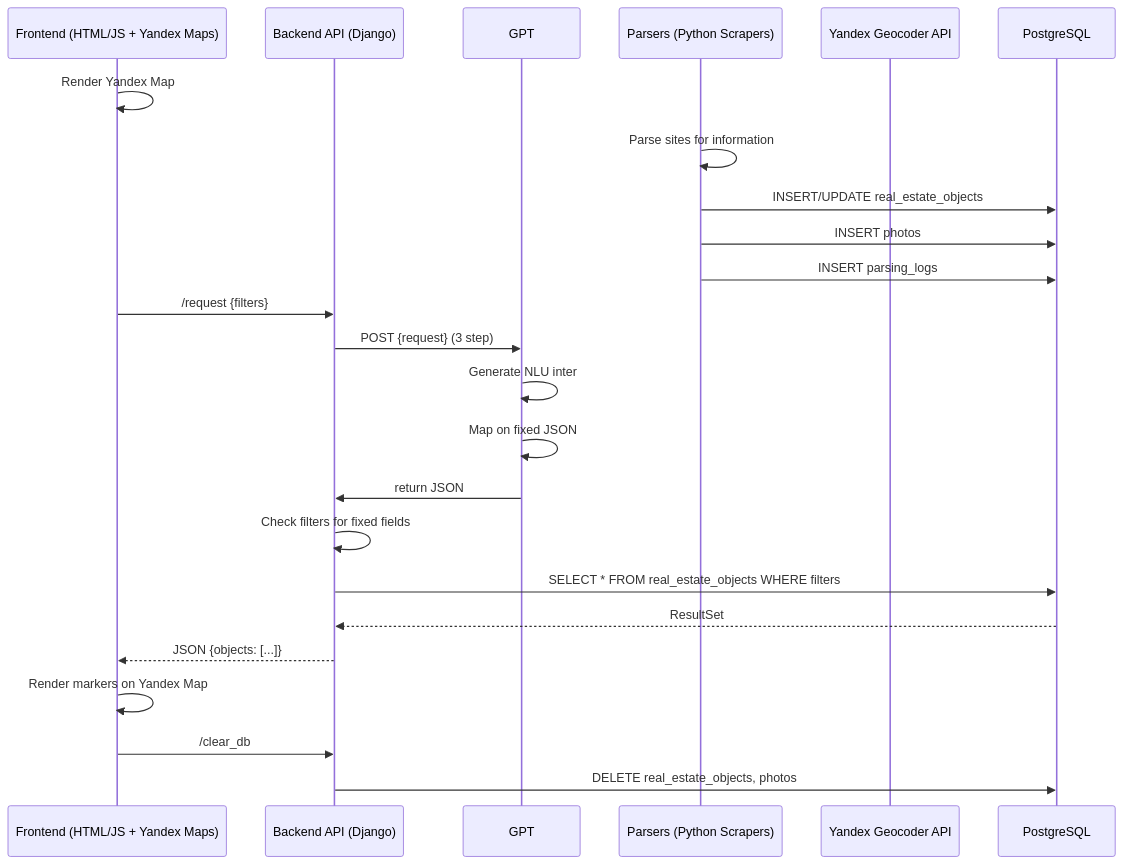
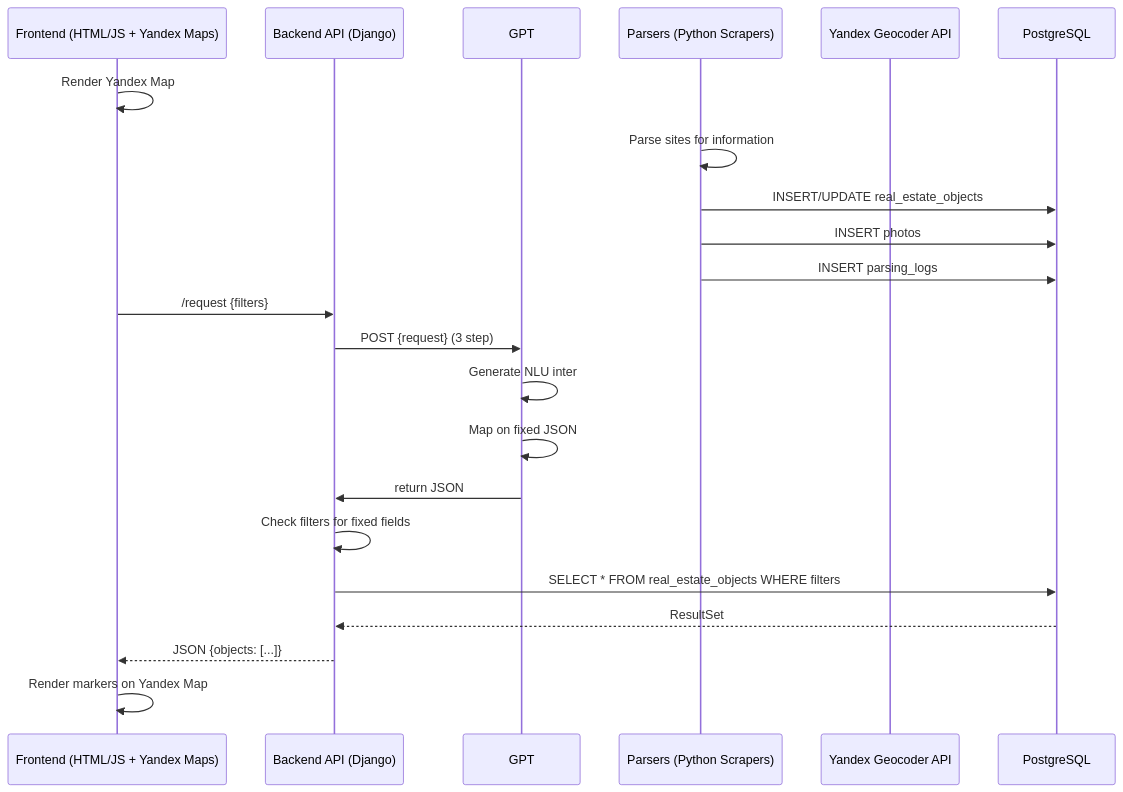
The diagram in docs/scheme.md (BruhWhyMeHaveNoIdea/hackathon), drawn with Mermaid before and after one commit.

````diff
--- a/docs/scheme.md
+++ b/docs/scheme.md
@@ -1,41 +1,37 @@
 ```mermaid
 sequenceDiagram
     participant Front as Frontend (HTML/JS + Yandex Maps)
     participant API as Backend API (Django)
     participant AI as GPT
     participant Parser as Parsers (Python Scrapers)
     participant Geo as Yandex Geocoder API
     participant DB as PostgreSQL
 
     %% === Старт работы ===
     Front ->> Front: Render Yandex Map
     Parser ->> Parser: Parse sites for information
     Parser ->> DB: INSERT/UPDATE real_estate_objects # Put information in DB
     Parser ->> DB: INSERT photos
     Parser ->> DB: INSERT parsing_logs
 
     %% === Пользователь вводит требования банка ===
     Front ->> API: /request {filters}
     
     API ->> AI: POST {request} (3 step)
     AI ->> AI: Generate NLU inter
     AI ->> AI: Map on fixed JSON
     AI ->> API: return JSON
     API ->> API: Check filters for fixed fields
 
 
     %% === API запрашивает данные для фронта ===
     API ->> DB: SELECT * FROM real_estate_objects WHERE filters # Take information from DB, grouped by AI JSON
     DB -->> API: ResultSet
 
     %% === Ответ на фронт ===
     API -->> Front: JSON {objects: [...]}
 
     %% === Отображение на карте ===
     Front ->> Front: Render markers on Yandex Map
 
-    %% === Отчистка БД после закрытия запроса ===
-    Front ->> API: /clear_db
-    API ->> DB: DELETE real_estate_objects, photos
-
 ```
````
